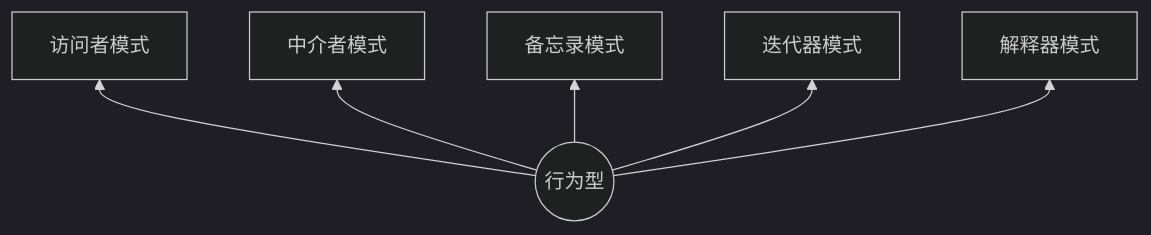
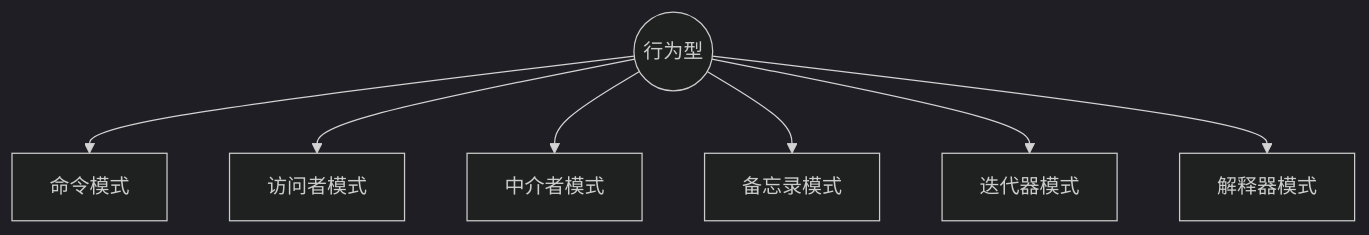
The fourth of 6 diagrams in README.md (kangduu/Javascript-Design-Pattern), drawn with Mermaid (dark theme) before and after one commit. The commit also changed other lines of this file, not shown here.

````diff
--- a/README.md
+++ b/README.md
@@ -41,9 +55,10 @@
 ```mermaid
-graph BT
+graph TB
 C((行为型))
+	C --> c6[命令模式]
 	C --> c7[访问者模式]
 	C --> c8[中介者模式]
 	C --> c9[备忘录模式]
 	C --> c10[迭代器模式]
 	C --> c11[解释器模式]
 ```
````
